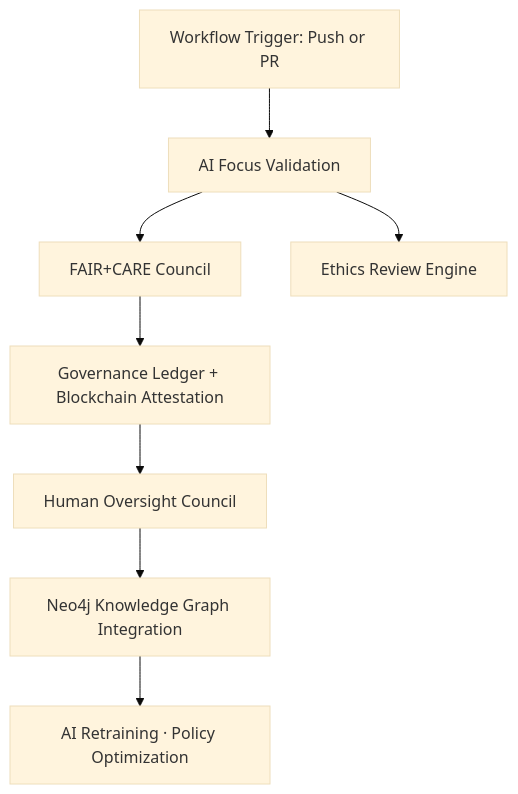
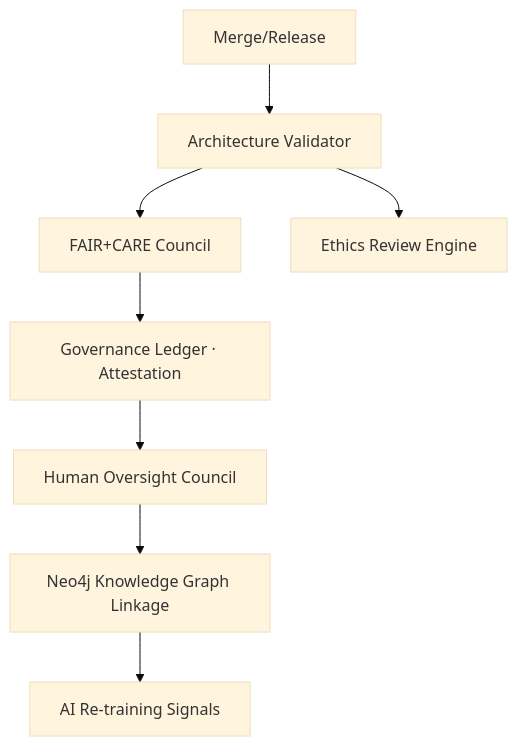
The second of 2 diagrams in .github/README.md (bartytime4life/Kansas-Frontier-Matrix), drawn with Mermaid (base theme) before and after one commit. The commit also changed other lines of this file, not shown here.

````diff
--- a/.github/README.md
+++ b/.github/README.md
@@ -74,10 +253,10 @@
 ```mermaid
 graph TD
-A[Workflow Trigger: Push or PR] --> B[AI Focus Validation]
+A[Merge/Release] --> B[Architecture Validator]
 B --> C[FAIR+CARE Council]
 B --> D[Ethics Review Engine]
-C --> E[Governance Ledger + Blockchain Attestation]
+C --> E[Governance Ledger · Attestation]
 E --> F[Human Oversight Council]
-F --> G[Neo4j Knowledge Graph Integration]
-G --> H[AI Retraining · Policy Optimization]
+F --> G[Neo4j Knowledge Graph Linkage]
+G --> H[AI Re-training Signals]
 ```
````
